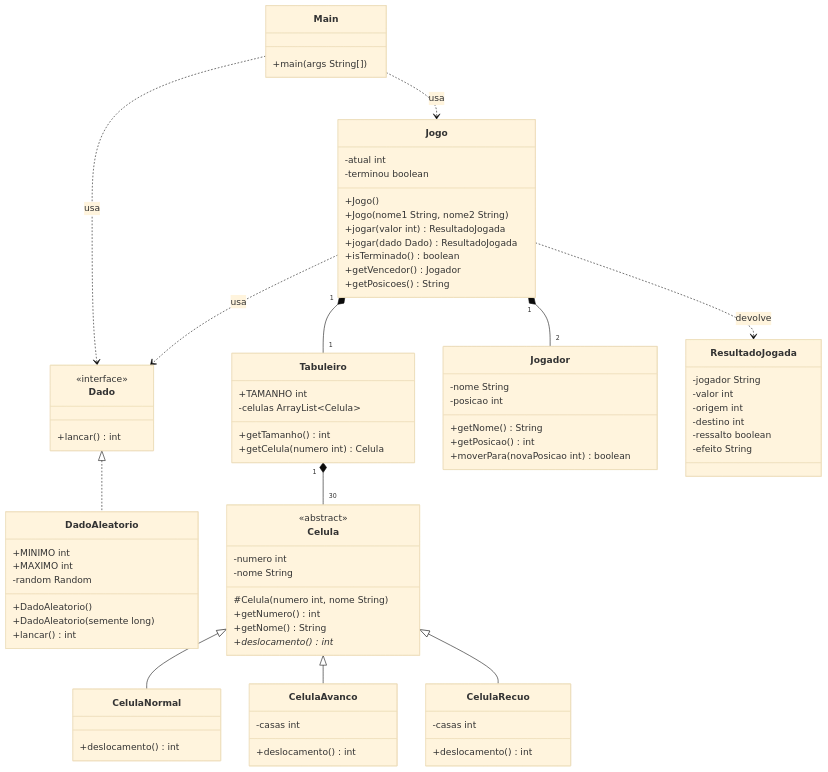
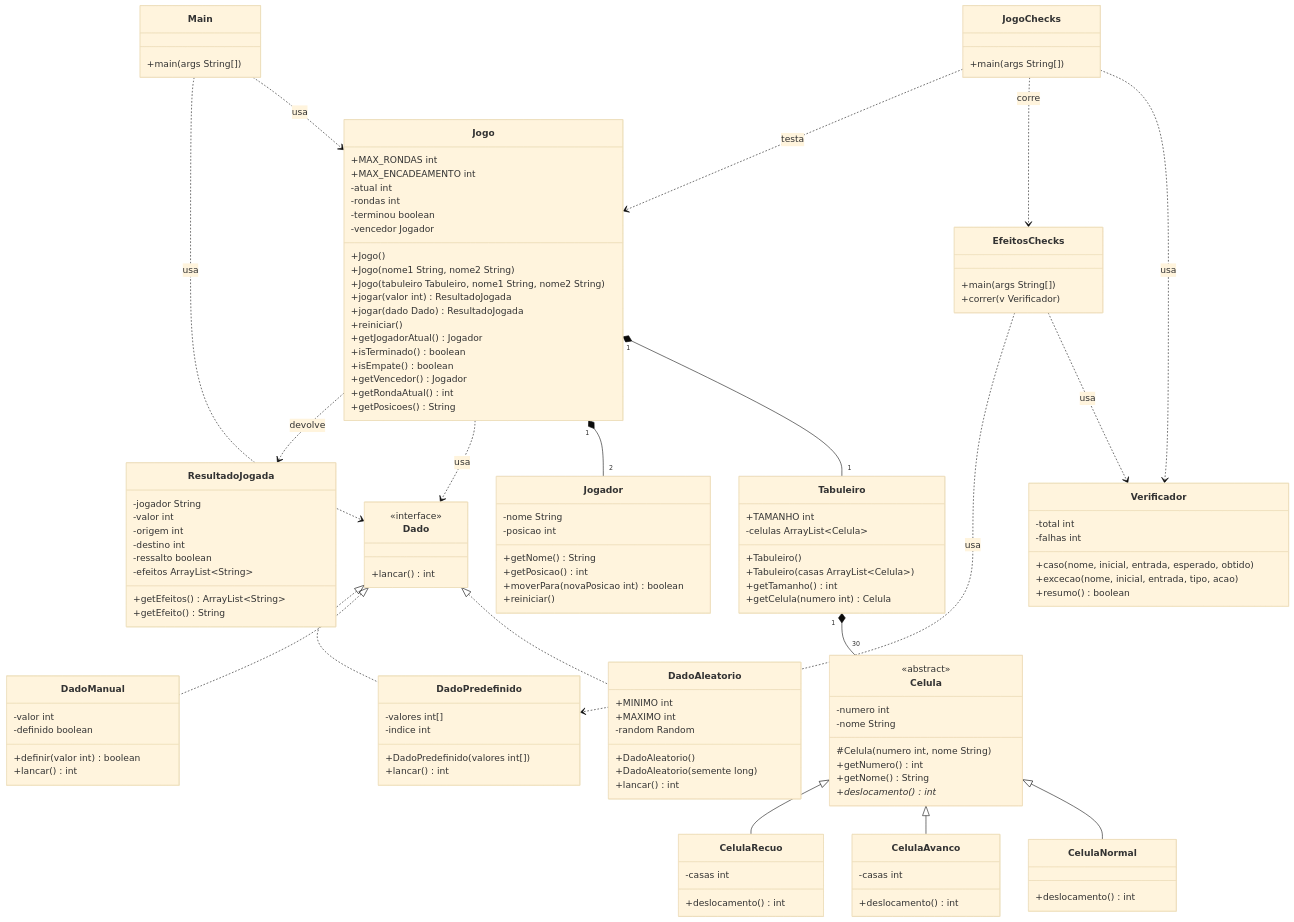
The diagram in docs/UML.md (CodeByAndre/POO-Board-Game), drawn with Mermaid (base theme) before and after one commit. The commit also changed other lines of this file and 8 other files, not shown here.

Commit message:
AI_USE.md, UML, tarefas e comentários de autoria atualizados

````diff
--- a/docs/UML.md
+++ b/docs/UML.md
@@ -13,6 +13,20 @@
         -random Random
         +DadoAleatorio()
         +DadoAleatorio(semente long)
+        +lancar() int
+    }
+
+    class DadoManual {
+        -valor int
+        -definido boolean
+        +definir(valor int) boolean
+        +lancar() int
+    }
+
+    class DadoPredefinido {
+        -valores int[]
+        -indice int
+        +DadoPredefinido(valores int[])
         +lancar() int
     }
 
@@ -43,6 +57,8 @@
     class Tabuleiro {
         +TAMANHO int
         -celulas ArrayList~Celula~
+        +Tabuleiro()
+        +Tabuleiro(casas ArrayList~Celula~)
         +getTamanho() int
         +getCelula(numero int) Celula
     }
@@ -53,6 +69,7 @@
         +getNome() String
         +getPosicao() int
         +moverPara(novaPosicao int) boolean
+        +reiniciar()
     }
 
     class ResultadoJogada {
@@ -61,18 +78,29 @@
         -origem int
         -destino int
         -ressalto boolean
-        -efeito String
+        -efeitos ArrayList~String~
+        +getEfeitos() ArrayList~String~
+        +getEfeito() String
     }
 
     class Jogo {
+        +MAX_RONDAS int
+        +MAX_ENCADEAMENTO int
         -atual int
+        -rondas int
         -terminou boolean
+        -vencedor Jogador
         +Jogo()
         +Jogo(nome1 String, nome2 String)
+        +Jogo(tabuleiro Tabuleiro, nome1 String, nome2 String)
         +jogar(valor int) ResultadoJogada
         +jogar(dado Dado) ResultadoJogada
+        +reiniciar()
+        +getJogadorAtual() Jogador
         +isTerminado() boolean
+        +isEmpate() boolean
         +getVencedor() Jogador
+        +getRondaAtual() int
         +getPosicoes() String
     }
 
@@ -80,7 +108,26 @@
         +main(args String[])
     }
 
+    class Verificador {
+        -total int
+        -falhas int
+        +caso(nome, inicial, entrada, esperado, obtido)
+        +excecao(nome, inicial, entrada, tipo, acao)
+        +resumo() boolean
+    }
+
+    class EfeitosChecks {
+        +main(args String[])
+        +correr(v Verificador)
+    }
+
+    class JogoChecks {
+        +main(args String[])
+    }
+
     Dado <|.. DadoAleatorio
+    Dado <|.. DadoManual
+    Dado <|.. DadoPredefinido
     Celula <|-- CelulaNormal
     Celula <|-- CelulaAvanco
     Celula <|-- CelulaRecuo
@@ -91,4 +138,9 @@
     Jogo ..> ResultadoJogada : devolve
     Main ..> Jogo : usa
     Main ..> Dado : usa
+    EfeitosChecks ..> Verificador : usa
+    JogoChecks ..> Verificador : usa
+    JogoChecks ..> EfeitosChecks : corre
+    JogoChecks ..> Jogo : testa
+    EfeitosChecks ..> DadoPredefinido : usa
 ```
````
